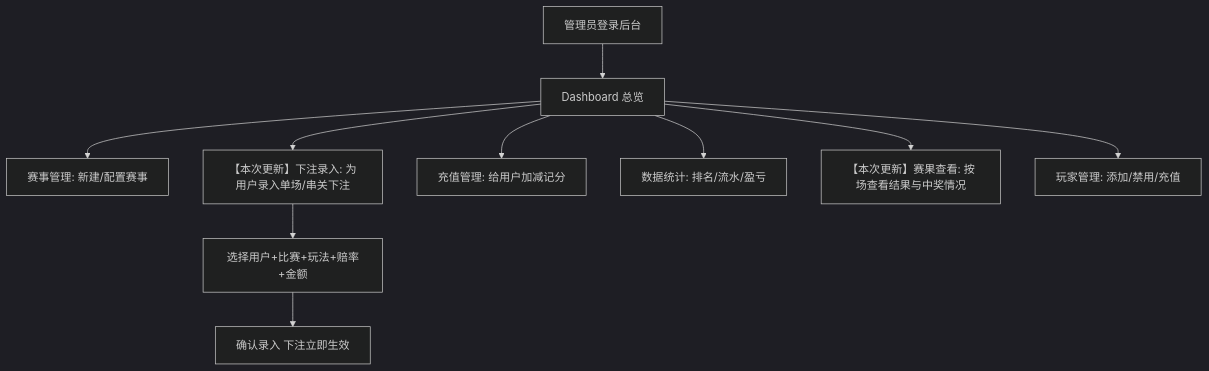
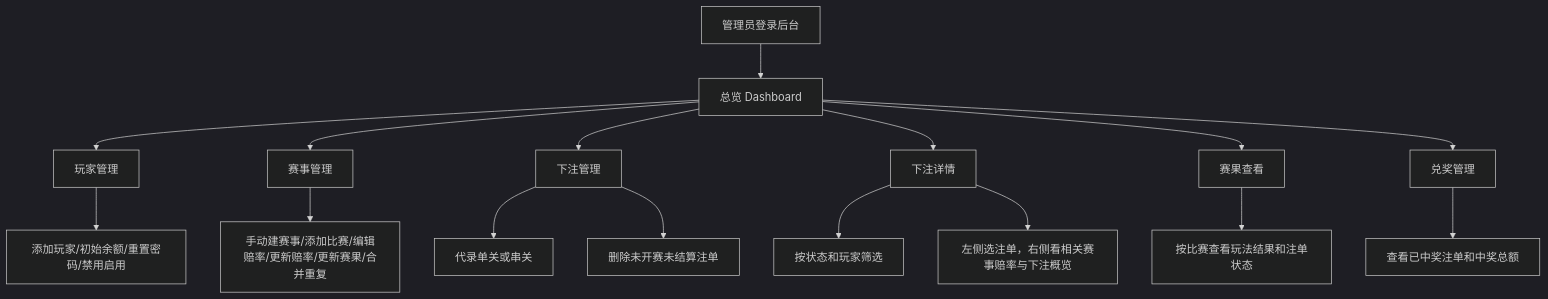
One commit to denghf/worldcupweb changed the second of 3 diagrams in PRD.md. Above: the diagram before and after it, drawn with Mermaid (dark theme). The commit also changed other lines of this file, not shown here.

````diff
--- a/PRD.md
+++ b/PRD.md
@@ -112,12 +143,18 @@
 ```mermaid
 flowchart TD
-    A[管理员登录后台] --> B[Dashboard 总览]
-    B --> C1[赛事管理: 新建/配置赛事]
-    B --> C2[【本次更新】下注录入: 为用户录入单场/串关下注]
-    B --> C3[充值管理: 给用户加减记分]
-    B --> C4[数据统计: 排名/流水/盈亏]
-    B --> C5[【本次更新】赛果查看: 按场查看结果与中奖情况]
-    C2 --> D[选择用户+比赛+玩法+赔率+金额]
-    D --> E[确认录入 下注立即生效]
-    B --> F[玩家管理: 添加/禁用/充值]
+    A[管理员登录后台] --> B[总览 Dashboard]
+    B --> C[玩家管理]
+    C --> C1[添加玩家/初始余额/重置密码/禁用启用]
+    B --> D[赛事管理]
+    D --> D1[手动建赛事/添加比赛/编辑赔率/更新赔率/更新赛果/合并重复]
+    B --> E[下注管理]
+    E --> E1[代录单关或串关]
+    E --> E2[删除未开赛未结算注单]
+    B --> F[下注详情]
+    F --> F1[按状态和玩家筛选]
+    F --> F2[左侧选注单，右侧看相关赛事赔率与下注概览]
+    B --> G[赛果查看]
+    G --> G1[按比赛查看玩法结果和注单状态]
+    B --> H[兑奖管理]
+    H --> H1[查看已中奖注单和中奖总额]
 ```
````
